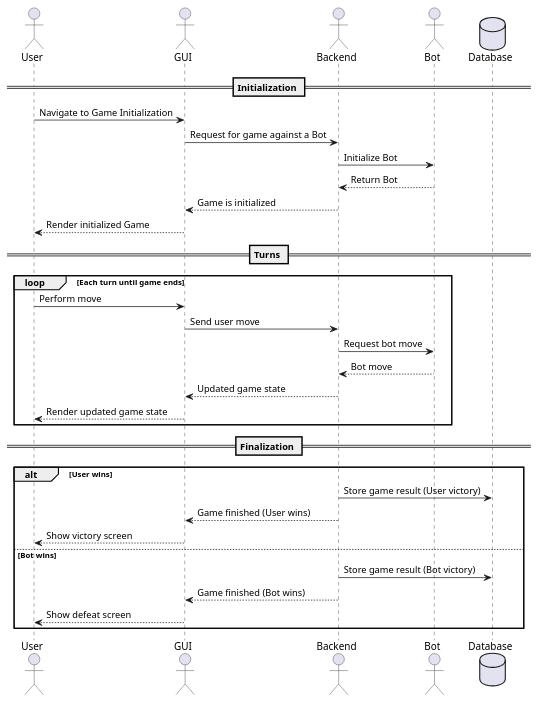
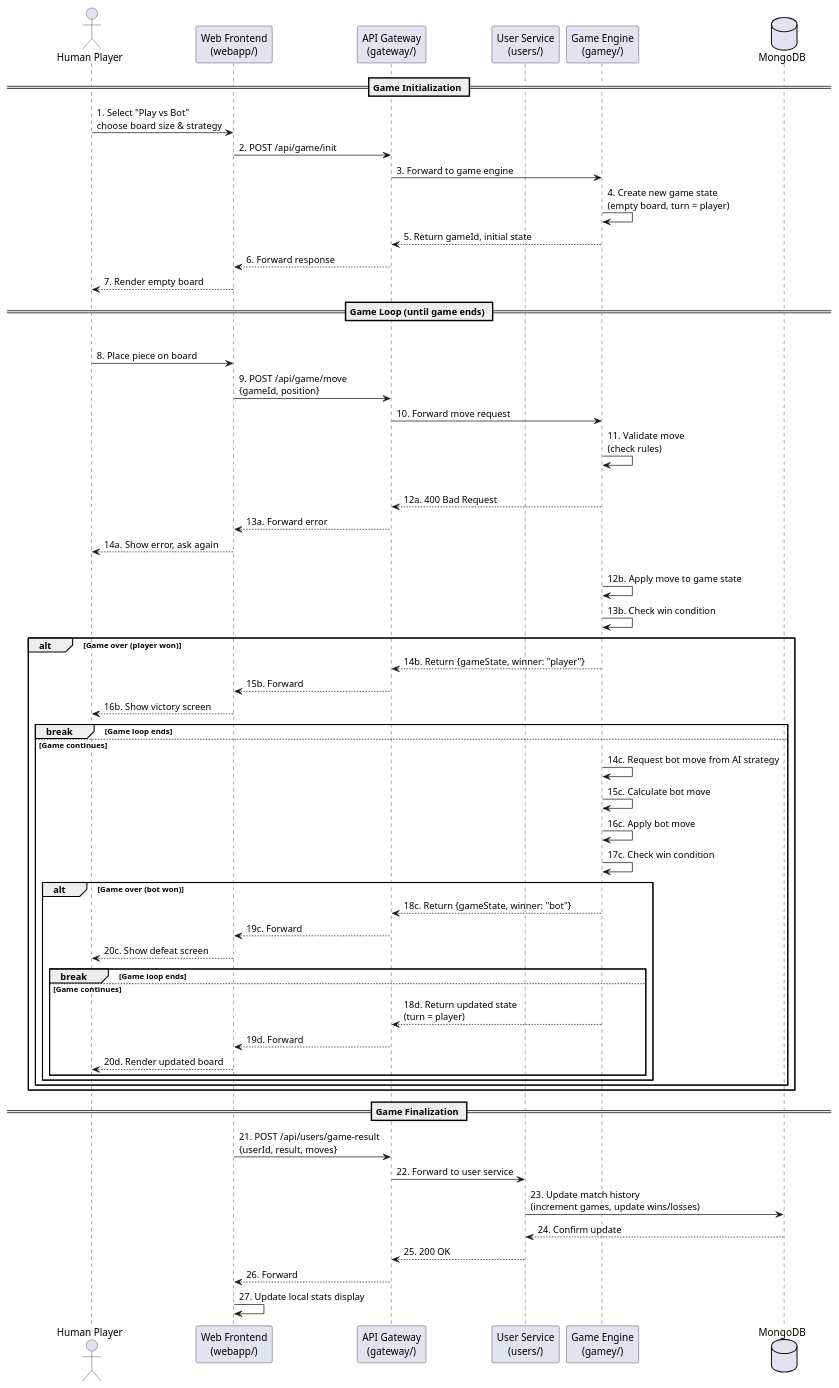
The third of 6 diagrams in docs/src/06_runtime_view.adoc (Arquisoft/yovi_en2c), drawn with PlantUML before and after one commit. The commit also changed other lines of this file, not shown here.

```diff
--- a/docs/src/06_runtime_view.adoc
+++ b/docs/src/06_runtime_view.adoc
@@ -114,34 +182,71 @@
-[plantuml,"User VS Bot Game Diagram",png]
+[plantuml,"Game vs Bot Sequence",png]
 ----
-actor User
-actor GUI
-actor Backend
-actor Bot
-database Database as "Database"
-== Initialization ==
-User -> GUI: Navigate to Game Initialization
-GUI -> Backend: Request for game against a Bot
-Backend -> Bot: Initialize Bot
-Bot --> Backend: Return Bot
-Backend --> GUI: Game is initialized
-GUI --> User: Render initialized Game
-== Turns ==
-loop Each turn until game ends
-    User -> GUI: Perform move
-    GUI -> Backend: Send user move
-    Backend -> Bot: Request bot move
-    Bot --> Backend: Bot move
-    Backend --> GUI: Updated game state
-    GUI --> User: Render updated game state
+@startuml
+actor "Human Player" as User
+participant "Web Frontend\n(webapp/)" as Webapp
+participant "API Gateway\n(gateway/)" as Gateway
+participant "User Service\n(users/)" as Users
+participant "Game Engine\n(gamey/)" as Gamey
+database "MongoDB" as DB
+
+== Game Initialization ==
+User -> Webapp: 1. Select "Play vs Bot"\nchoose board size & strategy
+Webapp -> Gateway: 2. POST /api/game/init
+Gateway -> Gamey: 3. Forward to game engine
+
+Gamey -> Gamey: 4. Create new game state\n(empty board, turn = player)
+Gamey --> Gateway: 5. Return gameId, initial state
+Gateway --> Webapp: 6. Forward response
+Webapp --> User: 7. Render empty board
+
+== Game Loop (until game ends) ==
+loop Each turn
+    User -> Webapp: 8. Place piece on board
+    Webapp -> Gateway: 9. POST /api/game/move\n{gameId, position}
+    Gateway -> Gamey: 10. Forward move request
+
+    Gamey -> Gamey: 11. Validate move\n(check rules)
+
+    alt Invalid move
+        Gamey --> Gateway: 12a. 400 Bad Request
+        Gateway --> Webapp: 13a. Forward error
+        Webapp --> User: 14a. Show error, ask again
+    else Valid move
+        Gamey -> Gamey: 12b. Apply move to game state
+        Gamey -> Gamey: 13b. Check win condition
+
+        alt Game over (player won)
+            Gamey --> Gateway: 14b. Return {gameState, winner: "player"}
+            Gateway --> Webapp: 15b. Forward
+            Webapp --> User: 16b. Show victory screen
+            break Game loop ends
+        else Game continues
+            Gamey -> Gamey: 14c. Request bot move from AI strategy
+            Gamey -> Gamey: 15c. Calculate bot move
+            Gamey -> Gamey: 16c. Apply bot move
+            Gamey -> Gamey: 17c. Check win condition
+
+            alt Game over (bot won)
+                Gamey --> Gateway: 18c. Return {gameState, winner: "bot"}
+                Gateway --> Webapp: 19c. Forward
+                Webapp --> User: 20c. Show defeat screen
+                break Game loop ends
+            else Game continues
+                Gamey --> Gateway: 18d. Return updated state\n(turn = player)
+                Gateway --> Webapp: 19d. Forward
+                Webapp --> User: 20d. Render updated board
+            end
+        end
+    end
 end
-== Finalization ==
-alt User wins
-    Backend -> Database: Store game result (User victory)
-    Backend --> GUI: Game finished (User wins)
-    GUI --> User: Show victory screen
-else Bot wins
-    Backend -> Database: Store game result (Bot victory)
-    Backend --> GUI: Game finished (Bot wins)
-    GUI --> User: Show defeat screen
-end
+
+== Game Finalization ==
+Webapp -> Gateway: 21. POST /api/users/game-result\n{userId, result, moves}
+Gateway -> Users: 22. Forward to user service
+Users -> DB: 23. Update match history\n(increment games, update wins/losses)
+DB --> Users: 24. Confirm update
+Users --> Gateway: 25. 200 OK
+Gateway --> Webapp: 26. Forward
+Webapp -> Webapp: 27. Update local stats display
+@enduml
 ----
```
